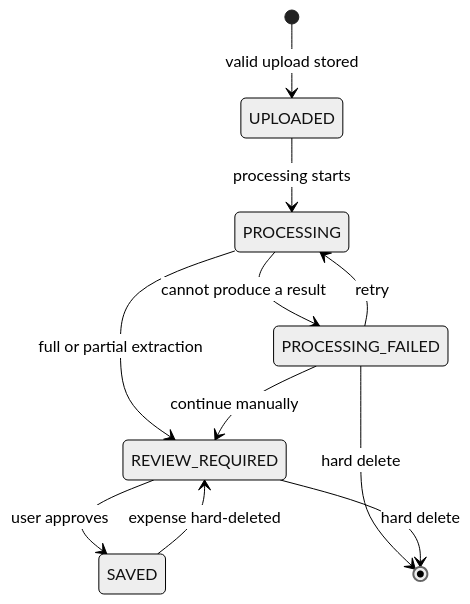
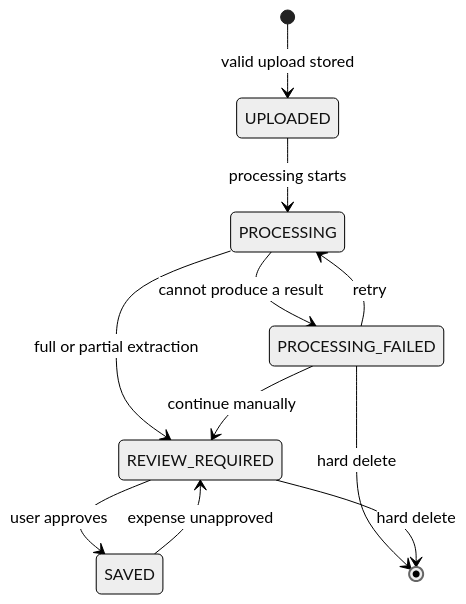
Before and after one commit to 22simeon14/finance_tracker: the fifth of 8 diagrams in docs/architecture.md, drawn with Mermaid (neutral theme). The commit also changed other lines of this file, not shown here.

````diff
--- a/docs/architecture.md
+++ b/docs/architecture.md
@@ -363,13 +392,13 @@
 ```mermaid
 stateDiagram-v2
     [*] --> UPLOADED: valid upload stored
     UPLOADED --> PROCESSING: processing starts
     PROCESSING --> REVIEW_REQUIRED: full or partial extraction
     PROCESSING --> PROCESSING_FAILED: cannot produce a result
     PROCESSING_FAILED --> PROCESSING: retry
     PROCESSING_FAILED --> REVIEW_REQUIRED: continue manually
     PROCESSING_FAILED --> [*]: hard delete
     REVIEW_REQUIRED --> SAVED: user approves
     REVIEW_REQUIRED --> [*]: hard delete
-    SAVED --> REVIEW_REQUIRED: expense hard-deleted
+    SAVED --> REVIEW_REQUIRED: expense unapproved
 ```
````
